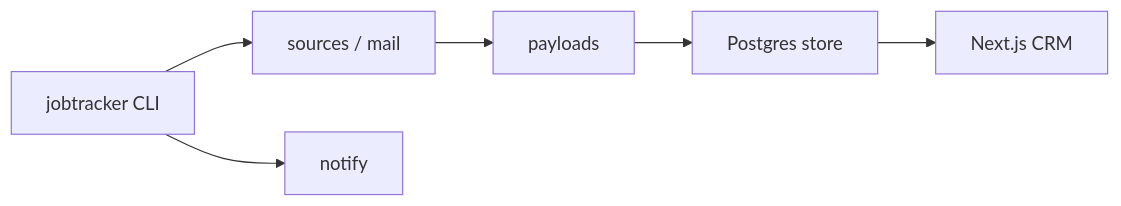
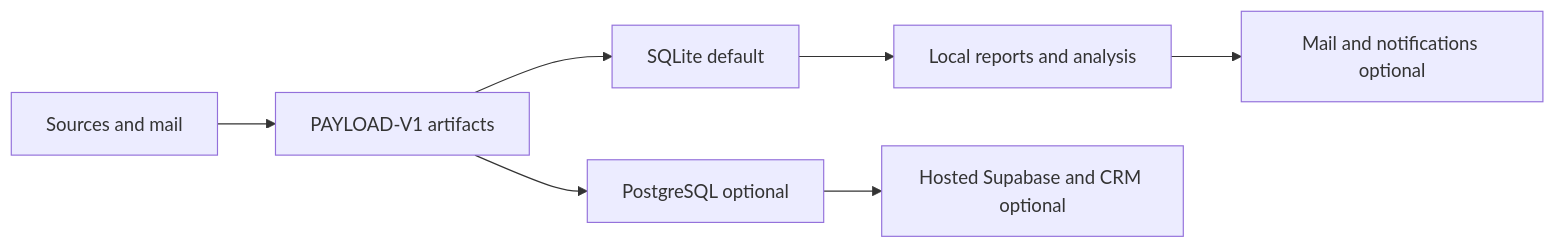
The diagram in README.md (the-dmytro/jobsearch-toolchain), drawn with Mermaid before and after one commit. The commit also changed other lines of this file and 165 other files, not shown here.

````diff
--- a/README.md
+++ b/README.md
@@ -13,8 +29,9 @@
 ```mermaid
 flowchart LR
-  CLI["jobtracker CLI"] --> Sources["sources / mail"]
-  Sources --> Payloads["payloads"]
-  Payloads --> Store["Postgres store"]
-  Store --> CRM["Next.js CRM"]
-  CLI --> Notify["notify"]
+  Sources["Sources and mail"] --> Payload["PAYLOAD-V1 artifacts"]
+  Payload --> SQLite["SQLite default"]
+  Payload --> PostgreSQL["PostgreSQL optional"]
+  SQLite --> Reports["Local reports and analysis"]
+  PostgreSQL --> CRM["Hosted Supabase and CRM optional"]
+  Reports --> Notify["Mail and notifications optional"]
 ```
````
